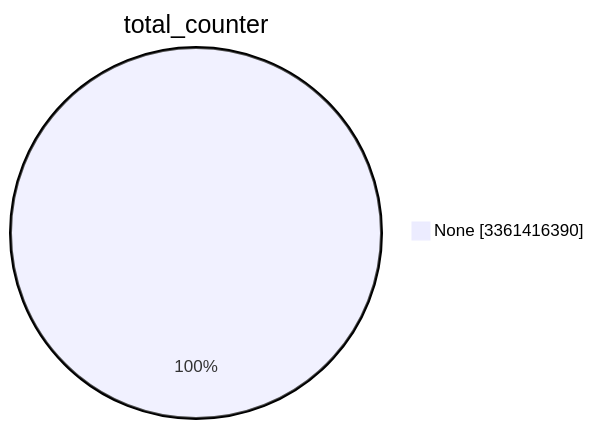
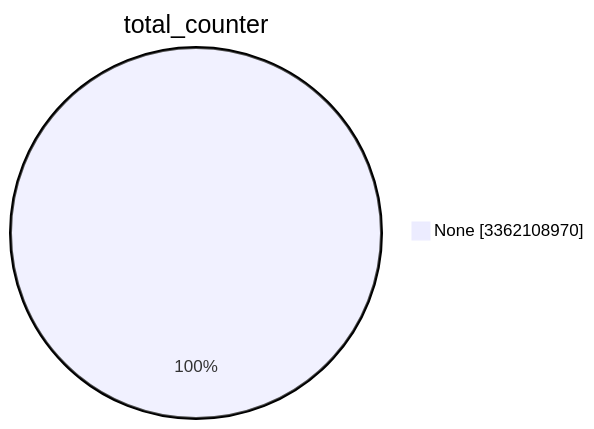
Before and after one commit to christiankrug/ctmonitor_visualization: the first of 15 diagrams in TOTAL/README.md, drawn with Mermaid. The commit also changed other lines of this file, not shown here.

````diff
--- a/TOTAL/README.md
+++ b/TOTAL/README.md
@@ -1,5 +1,5 @@
 ```mermaid
 pie showData
 title total_counter
-"None" :3361416390
+"None" :3362108970
 ```
````
